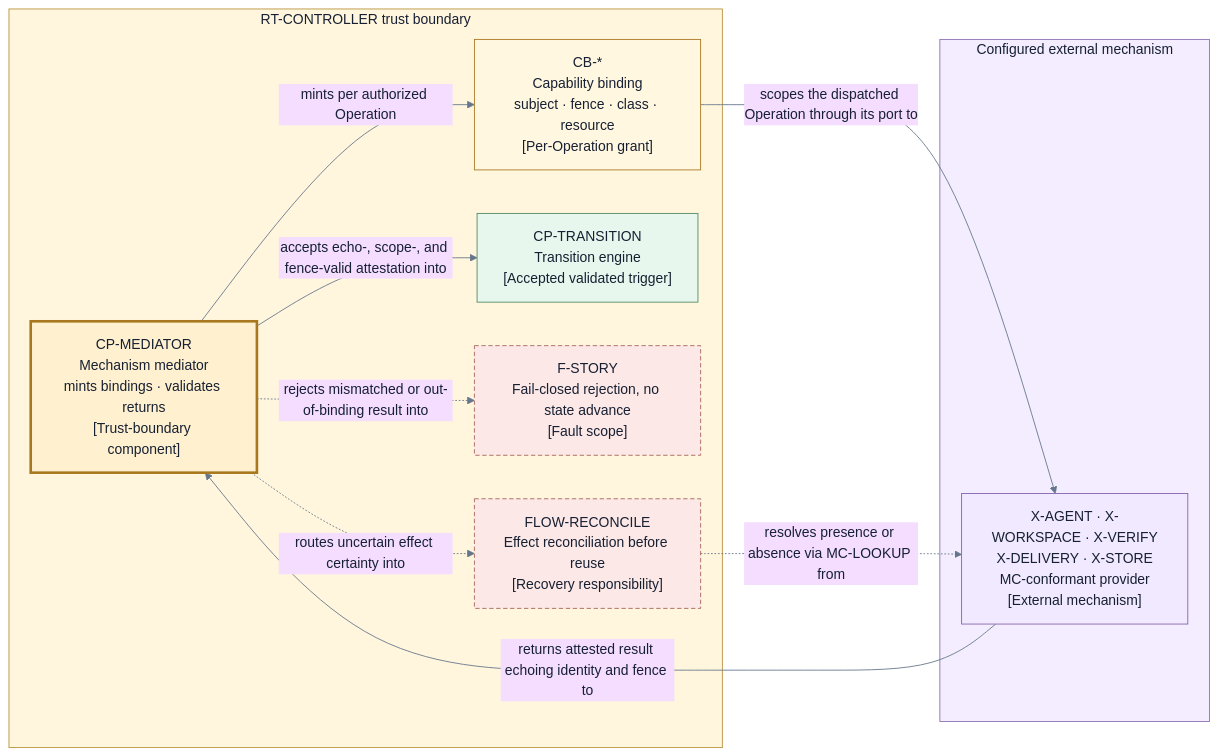
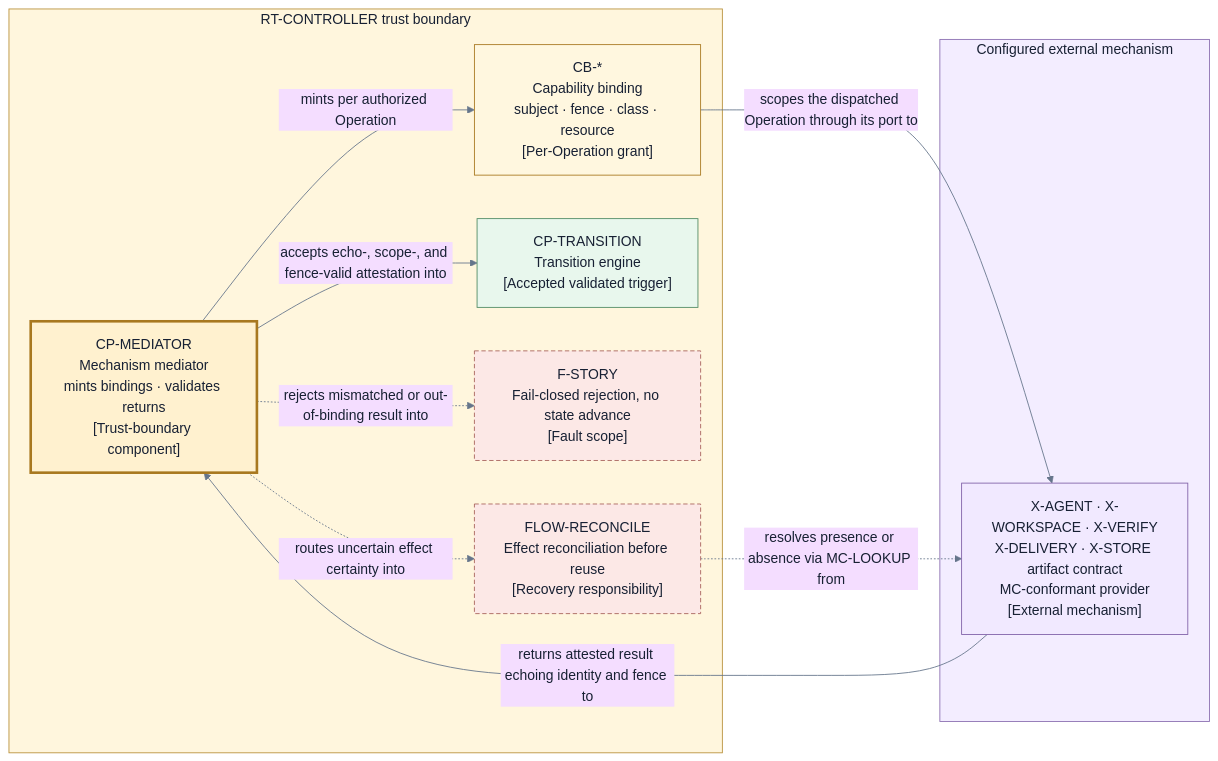
The diagram in docs/redesign/design/mechanism-and-provider-contracts.md (agentic-workflow-kit/jig), drawn with Mermaid before and after one commit. The commit also changed other lines of this file and 8 other files, not shown here.

````diff
--- a/docs/redesign/design/mechanism-and-provider-contracts.md
+++ b/docs/redesign/design/mechanism-and-provider-contracts.md
@@ -148,36 +167,36 @@
 ```mermaid
 %%{init: {"theme": "base", "themeVariables": {"fontFamily": "Inter, ui-sans-serif, system-ui", "primaryTextColor": "#172033", "lineColor": "#65758b"}}}%%
 flowchart LR
     subgraph Controller["RT-CONTROLLER trust boundary"]
         Mediator["CP-MEDIATOR<br/>Mechanism mediator<br/>mints bindings · validates returns<br/>[Trust-boundary component]"]
         Binding["CB-*<br/>Capability binding<br/>subject · fence · class · resource<br/>[Per-Operation grant]"]
         Accept["CP-TRANSITION<br/>Transition engine<br/>[Accepted validated trigger]"]
         Reject["F-STORY<br/>Fail-closed rejection, no state advance<br/>[Fault scope]"]
         Reconcile["FLOW-RECONCILE<br/>Effect reconciliation before reuse<br/>[Recovery responsibility]"]
     end
 
     subgraph Outside["Configured external mechanism"]
-        Mechanism["X-AGENT · X-WORKSPACE · X-VERIFY<br/>X-DELIVERY · X-STORE<br/>MC-conformant provider<br/>[External mechanism]"]
+        Mechanism["X-AGENT · X-WORKSPACE · X-VERIFY<br/>X-DELIVERY · X-STORE artifact contract<br/>MC-conformant provider<br/>[External mechanism]"]
     end
 
     Mediator -->|"mints per authorized Operation"| Binding
     Binding -->|"scopes the dispatched Operation through its port to"| Mechanism
     Mechanism -->|"returns attested result echoing identity and fence to"| Mediator
     Mediator -->|"accepts echo-, scope-, and fence-valid attestation into"| Accept
     Mediator -.->|"rejects mismatched or out-of-binding result into"| Reject
     Mediator -.->|"routes uncertain effect certainty into"| Reconcile
     Reconcile -.->|"resolves presence or absence via MC-LOOKUP from"| Mechanism
 
     style Controller fill:#fff6dd,stroke:#b8903a,color:#172033
     style Outside fill:#f3edff,stroke:#8a6eb0,color:#172033
     classDef authority fill:#fff1cf,stroke:#a8781f,stroke-width:3px,color:#172033
     classDef grant fill:#fff7df,stroke:#a8781f,color:#172033
     classDef accepted fill:#e8f7ed,stroke:#4f8a63,color:#172033
     classDef fault fill:#fce8e6,stroke:#a7615b,stroke-dasharray:5 3,color:#172033
     classDef mechanism fill:#f1e9ff,stroke:#8061a8,color:#172033
     class Mediator authority
     class Binding grant
     class Accept accepted
     class Reject,Reconcile fault
     class Mechanism mechanism
 ```
````
